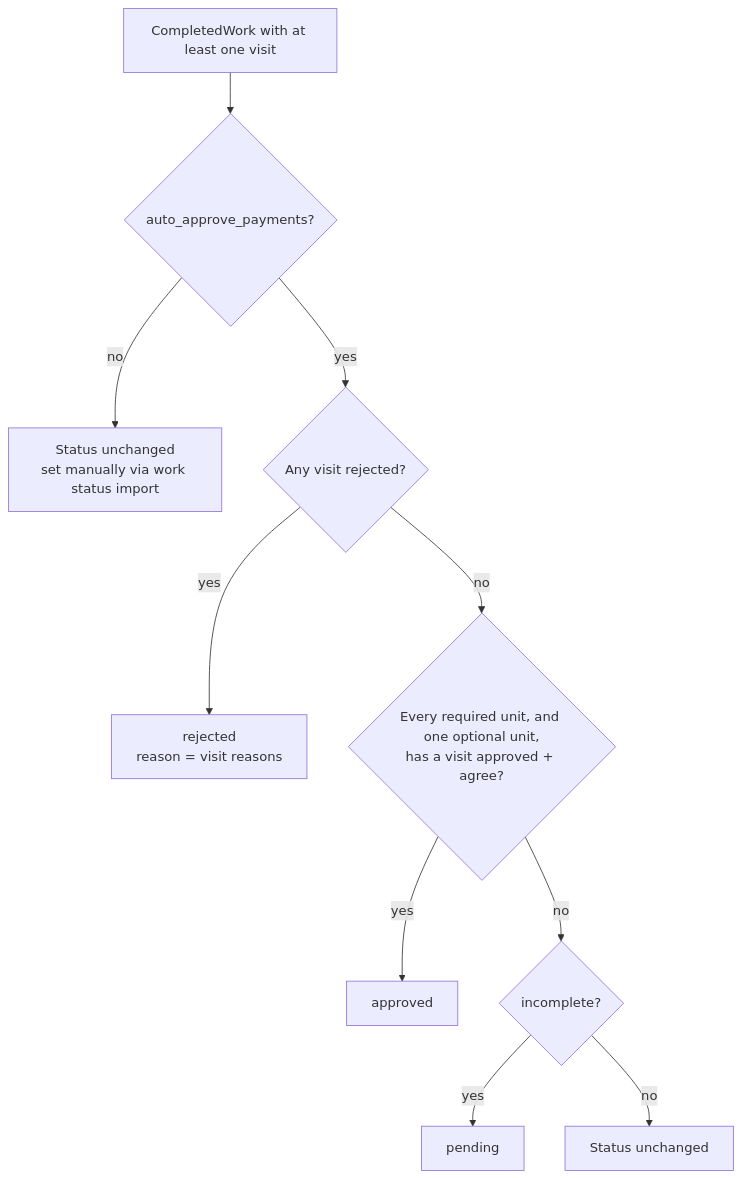
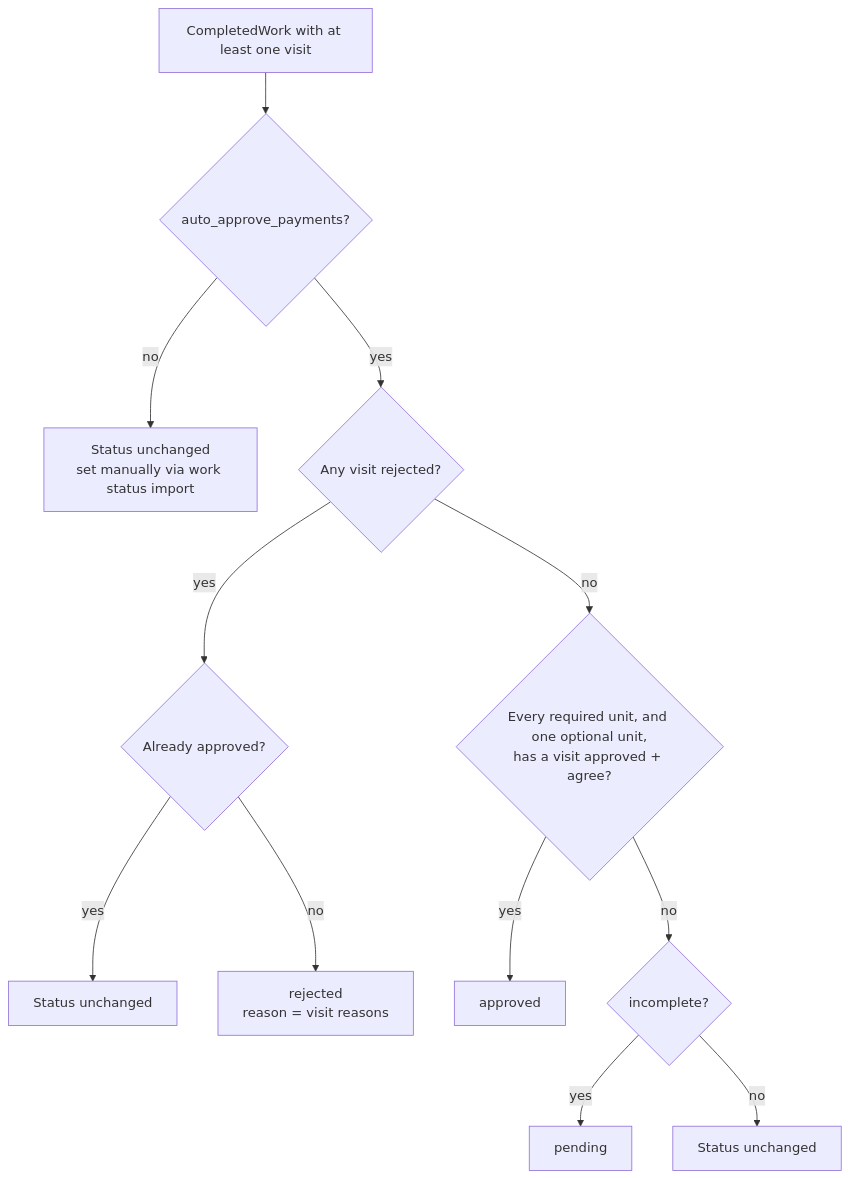
The fourth of 8 diagrams in commcare_connect/opportunity/PAYMENTS.md (dimagi/commcare-connect), drawn with Mermaid before and after one commit. The commit also changed other lines of this file and 4 other files, not shown here.

First line of the commit message:
fix: keep approved CompletedWork approved when a visit is rejected

````diff
--- a/commcare_connect/opportunity/PAYMENTS.md
+++ b/commcare_connect/opportunity/PAYMENTS.md
@@ -166,12 +168,14 @@
 ```mermaid
 flowchart TD
     A[CompletedWork with at least one visit] --> B{auto_approve_payments?}
     B -->|no| K[Status unchanged<br/>set manually via work status import]
     B -->|yes| C{Any visit rejected?}
-    C -->|yes| RJ[rejected<br/>reason = visit reasons]
+    C -->|yes| AL{Already approved?}
+    AL -->|yes| K3[Status unchanged]
+    AL -->|no| RJ[rejected<br/>reason = visit reasons]
     C -->|no| D{Every required unit, and one optional unit,<br/>has a visit approved + agree?}
     D -->|yes| AP[approved]
     D -->|no| E{incomplete?}
     E -->|yes| PE[pending]
     E -->|no| K2[Status unchanged]
 ```
````
